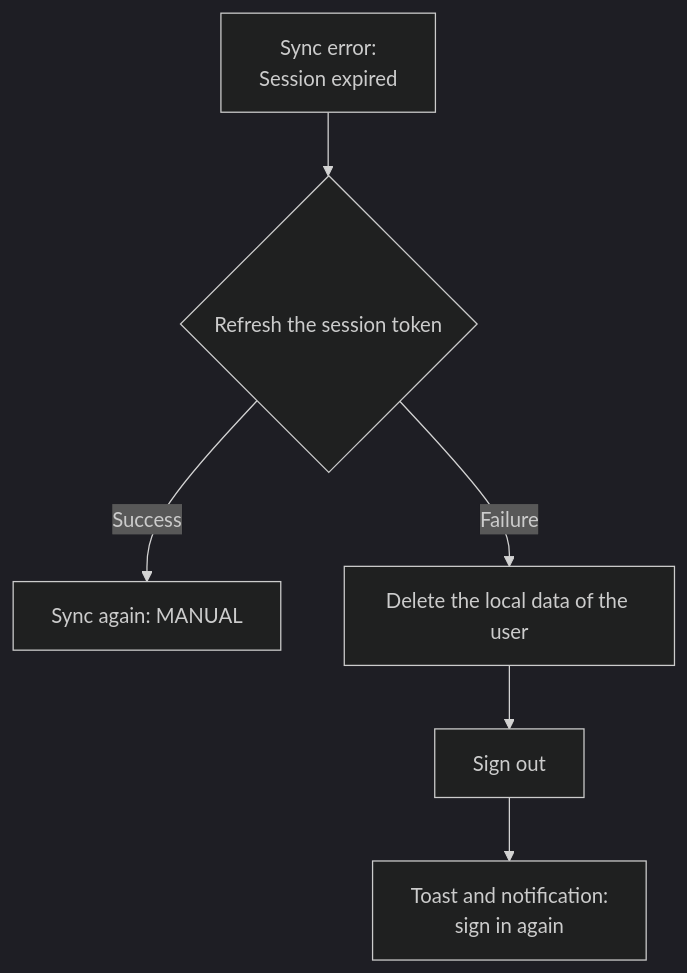
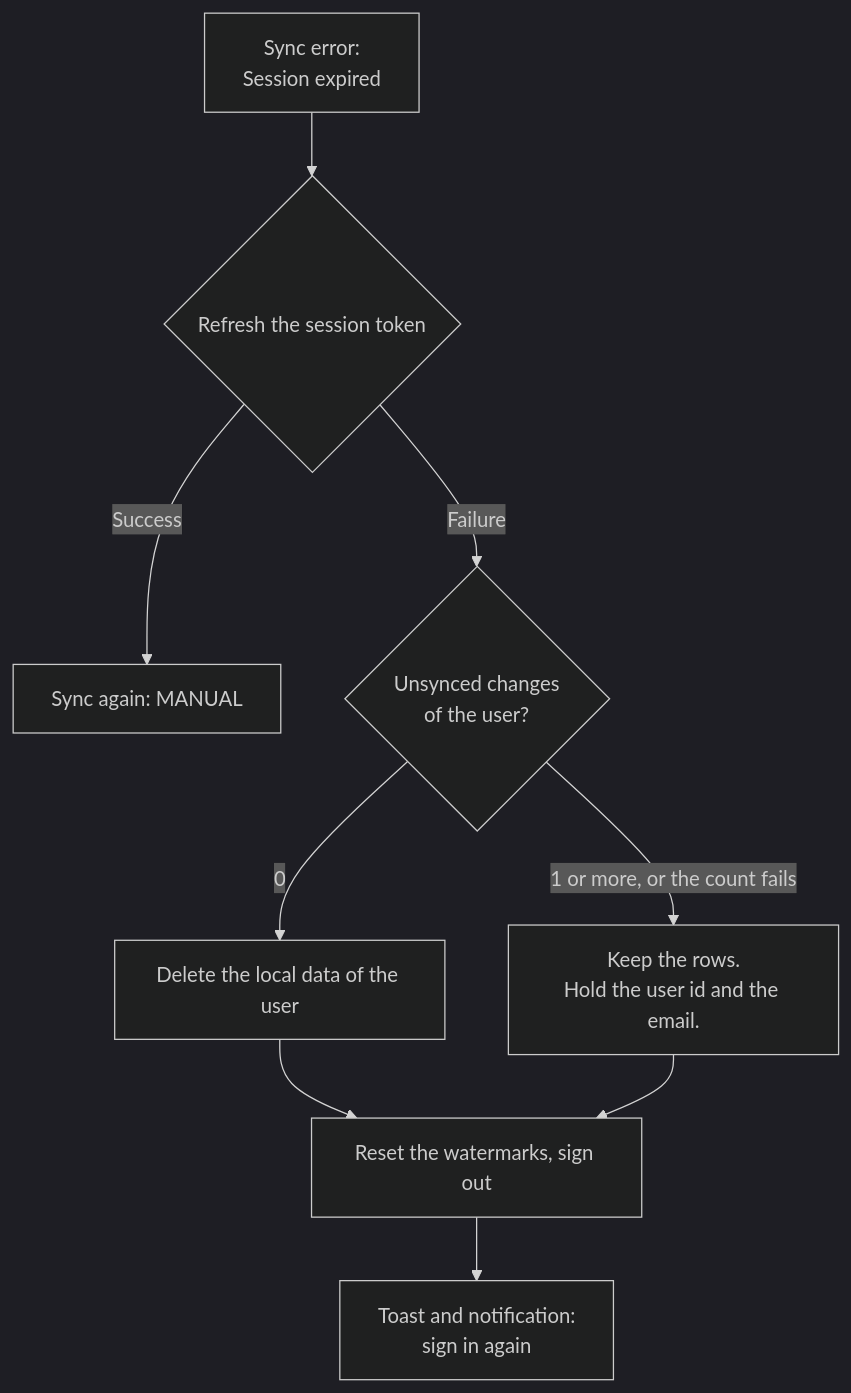
Before and after one commit to jokot/habit-tracker: diagram 11 of 11 in docs/sync-flow.md, drawn with Mermaid (dark theme). The commit also changed other lines of this file and 1 other file, not shown here.

First line of the commit message:
docs(sync): record that a session expiry keeps unsynced changes

````diff
--- a/docs/sync-flow.md
+++ b/docs/sync-flow.md
@@ -301,8 +301,10 @@
 ```mermaid
 flowchart TD
     ERR["Sync error:<br/>Session expired"] --> REFRESH{"Refresh the session token"}
     REFRESH -- "Success" --> AGAIN["Sync again: MANUAL"]
-    REFRESH -- "Failure" --> WIPE["Delete the local data of the user"]
-    WIPE --> SIGNOUT["Sign out"]
+    REFRESH -- "Failure" --> COUNT{"Unsynced changes<br/>of the user?"}
+    COUNT -- "0" --> WIPE["Delete the local data of the user"]
+    COUNT -- "1 or more, or the count fails" --> HOLD["Keep the rows.<br/>Hold the user id and the email."]
+    WIPE & HOLD --> SIGNOUT["Reset the watermarks, sign out"]
     SIGNOUT --> TOAST["Toast and notification:<br/>sign in again"]
 ```
````
